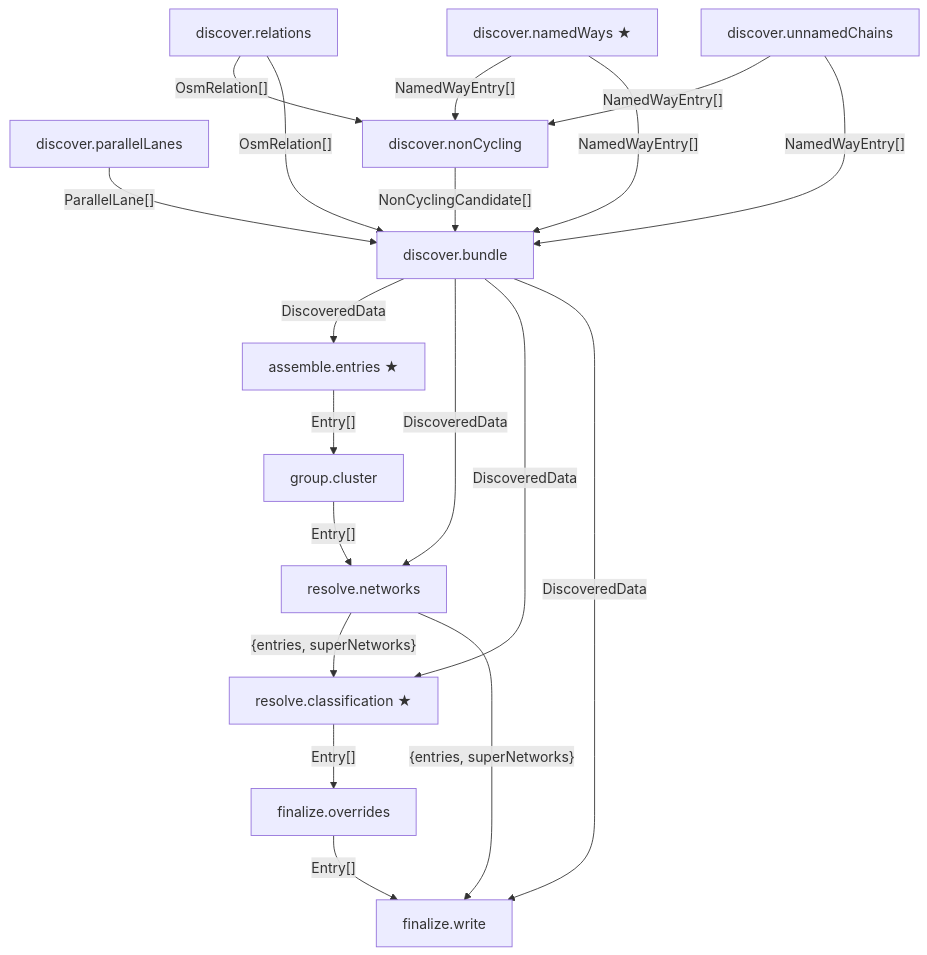
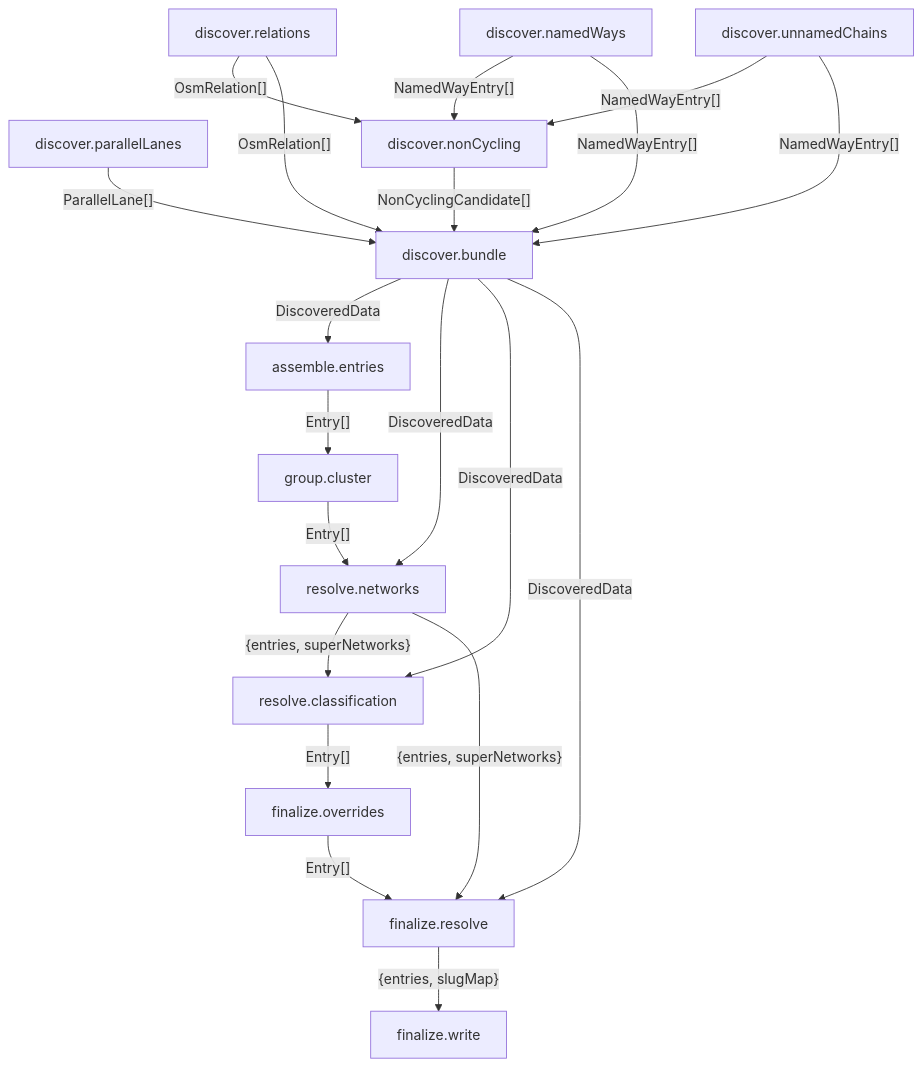
One commit to eljojo/bike-app-astro changed the diagram in _ctx/pipeline-graph.md. Above: the diagram before and after it, drawn with Mermaid. The commit also changed other lines of this file and 12 other files, not shown here.

First line of the commit message:
refactor(pipeline): remove star annotation, split finalize-write, update docs

````diff
--- a/_ctx/pipeline-graph.md
+++ b/_ctx/pipeline-graph.md
@@ -28,33 +27,35 @@
 ```mermaid
 graph TD
   discover_relations["discover.relations"]
-  discover_namedWays["discover.namedWays ★"]
+  discover_namedWays["discover.namedWays"]
   discover_parallelLanes["discover.parallelLanes"]
   discover_unnamedChains["discover.unnamedChains"]
   discover_nonCycling["discover.nonCycling"]
   discover_bundle["discover.bundle"]
-  assemble_entries["assemble.entries ★"]
+  assemble_entries["assemble.entries"]
   group_cluster["group.cluster"]
   resolve_networks["resolve.networks"]
-  resolve_classification["resolve.classification ★"]
+  resolve_classification["resolve.classification"]
   finalize_overrides["finalize.overrides"]
+  finalize_resolve["finalize.resolve"]
   finalize_write["finalize.write"]
   discover_relations -->|"OsmRelation[]"| discover_nonCycling
   discover_namedWays -->|"NamedWayEntry[]"| discover_nonCycling
   discover_unnamedChains -->|"NamedWayEntry[]"| discover_nonCycling
   discover_relations -->|"OsmRelation[]"| discover_bundle
   discover_namedWays -->|"NamedWayEntry[]"| discover_bundle
   discover_parallelLanes -->|"ParallelLane[]"| discover_bundle
   discover_unnamedChains -->|"NamedWayEntry[]"| discover_bundle
   discover_nonCycling -->|"NonCyclingCandidate[]"| discover_bundle
   discover_bundle -->|"DiscoveredData"| assemble_entries
   assemble_entries -->|"Entry[]"| group_cluster
   group_cluster -->|"Entry[]"| resolve_networks
   discover_bundle -->|"DiscoveredData"| resolve_networks
   resolve_networks -->|"{entries, superNetworks}"| resolve_classification
   discover_bundle -->|"DiscoveredData"| resolve_classification
   resolve_classification -->|"Entry[]"| finalize_overrides
-  finalize_overrides -->|"Entry[]"| finalize_write
-  resolve_networks -->|"{entries, superNetworks}"| finalize_write
-  discover_bundle -->|"DiscoveredData"| finalize_write
+  finalize_overrides -->|"Entry[]"| finalize_resolve
+  resolve_networks -->|"{entries, superNetworks}"| finalize_resolve
+  discover_bundle -->|"DiscoveredData"| finalize_resolve
+  finalize_resolve -->|"{entries, slugMap}"| finalize_write
 ```
````
